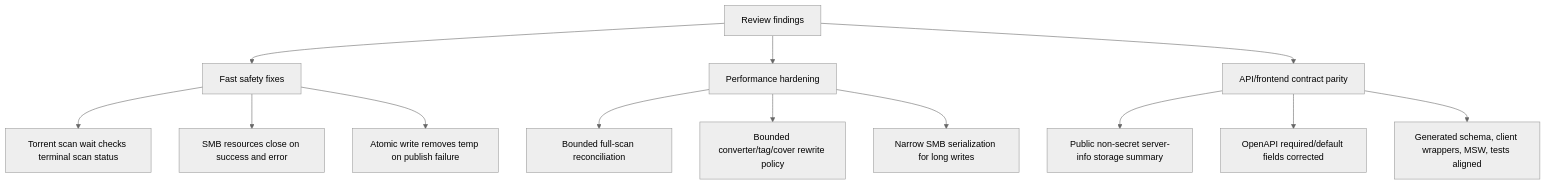
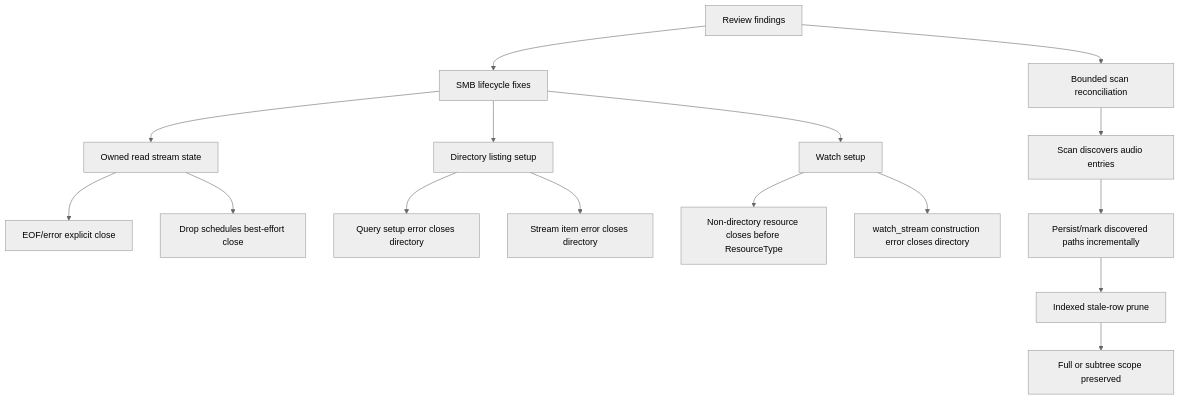
Before and after one commit to crmaxx/euterpe: the diagram in docs/plans/2026-06-12-002-fix-smb-review-findings-plan.md, drawn with Mermaid (neutral theme). The commit also changed other lines of this file and 7 other files, not shown here.

Commit message:
Harden storage scan pruning and SMB resource cleanup

````diff
--- a/docs/plans/2026-06-12-002-fix-smb-review-findings-plan.md
+++ b/docs/plans/2026-06-12-002-fix-smb-review-findings-plan.md
@@ -61,18 +56,22 @@
 ```mermaid
 flowchart TB
-  Review["Review findings"] --> Fast["Fast safety fixes"]
-  Review --> Perf["Performance hardening"]
-  Review --> Contract["API/frontend contract parity"]
+  Review["Review findings"] --> Lifecycle["SMB lifecycle fixes"]
+  Review --> Reconcile["Bounded scan reconciliation"]
 
-  Fast --> ScanWait["Torrent scan wait checks terminal scan status"]
-  Fast --> SmbClose["SMB resources close on success and error"]
-  Fast --> TempCleanup["Atomic write removes temp on publish failure"]
+  Lifecycle --> ReadStream["Owned read stream state"]
+  ReadStream --> ExplicitClose["EOF/error explicit close"]
+  ReadStream --> DropClose["Drop schedules best-effort close"]
 
-  Contract --> ServerInfo["Public non-secret server-info storage summary"]
-  Contract --> OpenApi["OpenAPI required/default fields corrected"]
-  Contract --> Frontend["Generated schema, client wrappers, MSW, tests aligned"]
+  Lifecycle --> DirList["Directory listing setup"]
+  DirList --> QueryErr["Query setup error closes directory"]
+  DirList --> ItemErr["Stream item error closes directory"]
 
-  Perf --> ScanReconcile["Bounded full-scan reconciliation"]
-  Perf --> RewritePolicy["Bounded converter/tag/cover rewrite policy"]
-  Perf --> OpSerial["Narrow SMB serialization for long writes"]
+  Lifecycle --> Watch["Watch setup"]
+  Watch --> TypeErr["Non-directory resource closes before ResourceType"]
+  Watch --> StreamErr["watch_stream construction error closes directory"]
+
+  Reconcile --> Discover["Scan discovers audio entries"]
+  Discover --> Persist["Persist/mark discovered paths incrementally"]
+  Persist --> Prune["Indexed stale-row prune"]
+  Prune --> Scope["Full or subtree scope preserved"]
 ```
````
